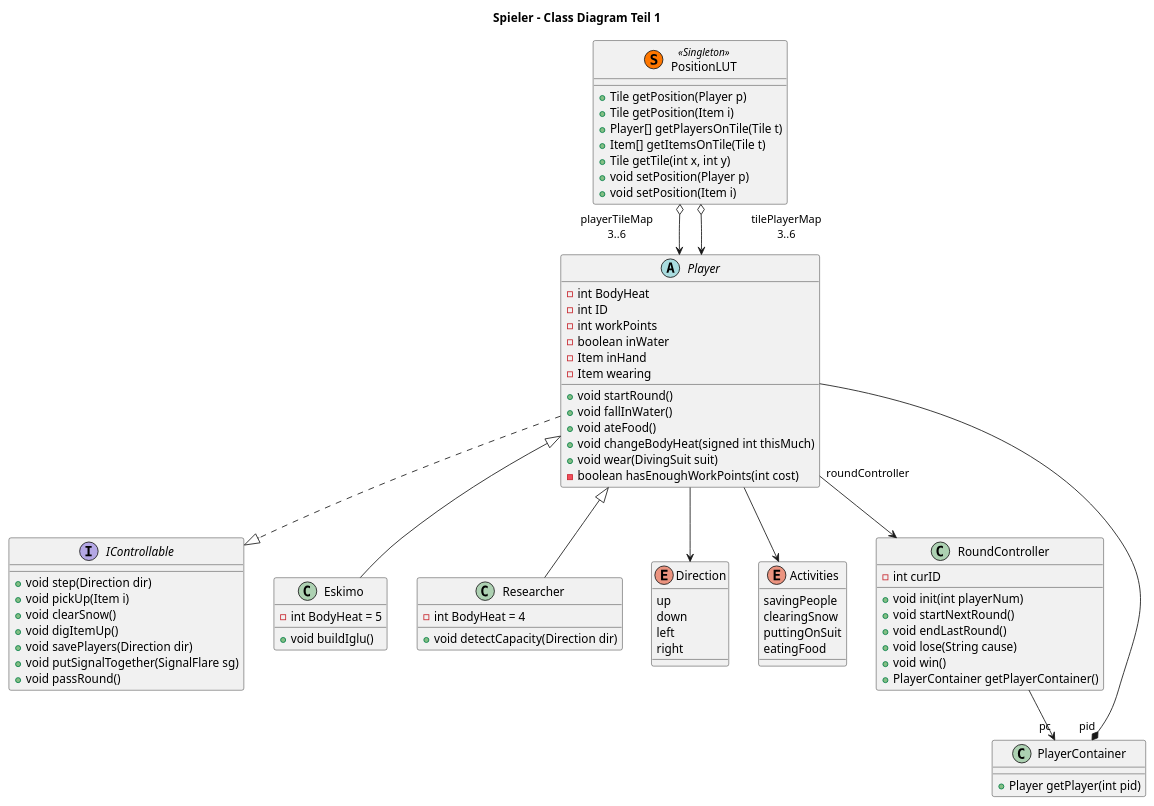
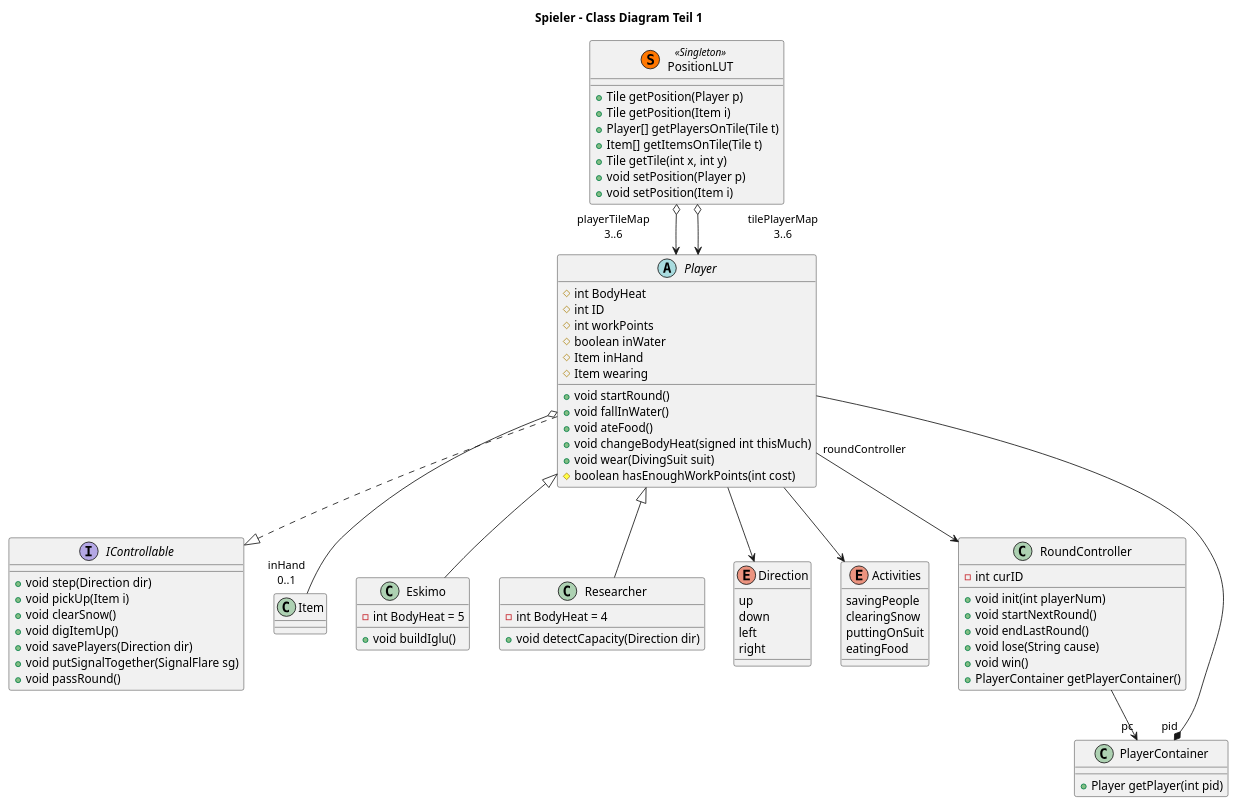
Before and after one commit to AdamZsofi/deutsch-overflow: the diagram in class_diagram_kicsi_Spieler.puml, drawn with PlantUML.

Commit message:
Update class_diagram_kicsi_Spieler.puml
Updated visibilities of player attr, updated inHand

```diff
--- a/class_diagram_kicsi_Spieler.puml
+++ b/class_diagram_kicsi_Spieler.puml
@@ -1,94 +1,95 @@
 @startuml 
 
 title Spieler - Class Diagram Teil 1
 
 Interface IControllable {
     +void step(Direction dir) 
     +void pickUp(Item i) 
     +void clearSnow() 
     +void digItemUp() 
     +void savePlayers(Direction dir) 
     +void putSignalTogether(SignalFlare sg) 
     +void passRound() 
 }
 Player ..|> IControllable
 
 abstract class Player { 
-    -int BodyHeat 
-    -int ID 
-    -int workPoints 
-    -boolean inWater 
-    -Item inHand 
-    -Item wearing 
+    #int BodyHeat 
+    #int ID 
+    #int workPoints 
+    #boolean inWater 
+    #Item inHand 
+    #Item wearing 
     +void startRound() 
     +void fallInWater() 
     +void ateFood() 
     +void changeBodyHeat(signed int thisMuch) 
     +void wear(DivingSuit suit) 
-    -boolean hasEnoughWorkPoints(int cost) 
-} 
+    #boolean hasEnoughWorkPoints(int cost) 
+}
+Player o-- "inHand\n0..1" Item
 
 class Eskimo { 
     -int BodyHeat = 5 
     +void buildIglu() 
 } 
 
 class Researcher { 
     -int BodyHeat = 4 
     +void detectCapacity(Direction dir) 
 } 
 
 Player --> Direction 
 
 class PlayerContainer { 
     +Player getPlayer(int pid) 
 } 
 
 PlayerContainer "pid" *-- Player 
 Player <|-- Eskimo 
 Player <|-- Researcher 
 
 enum Activities { 
     savingPeople 
     clearingSnow 
     puttingOnSuit 
     eatingFood 
 } 
 
 
 enum Direction { 
     up 
     down 
     left 
     right 
 } 
 
 Player --> Activities 
 
 class PositionLUT << (S,#FF7700) Singleton >> { 
     +Tile getPosition(Player p) 
     +Tile getPosition(Item i) 
     +Player[] getPlayersOnTile(Tile t) 
     +Item[] getItemsOnTile(Tile t) 
     +Tile getTile(int x, int y) 
     +void setPosition(Player p) 
     +void setPosition(Item i) 
 } 
 
 PositionLUT "\tplayerTileMap        \n\t3..6        " o--> Player 
 PositionLUT "\t\ttilePlayerMap   \n\t\t3..6   " o--> Player 
 
 class RoundController { 
     -int curID 
     +void init(int playerNum) 
     +void startNextRound() 
     +void endLastRound()
     +void lose(String cause) 
     +void win() 
     +PlayerContainer getPlayerContainer() 
 } 
 
 RoundController --> "pc"PlayerContainer 
 Player "roundController"--> RoundController 
 
 @enduml
```
